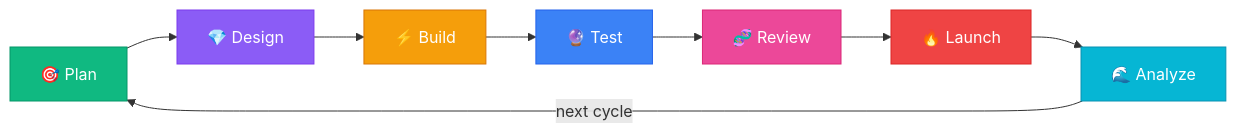
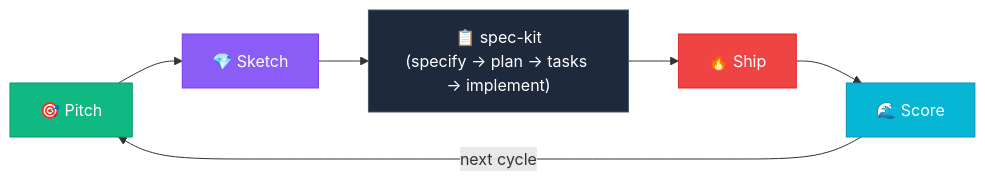
The diagram in README.md (OR13/vibeslop), drawn with Mermaid before and after one commit. The commit also changed other lines of this file and 9 other files, not shown here.

First line of the commit message:
Cull skills + rename for spec-kit composition

````diff
--- a/README.md
+++ b/README.md
@@ -11,18 +11,14 @@
 ```mermaid
 graph LR
-    P["🎯 Plan"] --> D["💎 Design"]
-    D --> B["⚡ Build"]
-    B --> T["🔮 Test"]
-    T --> R["🧬 Review"]
-    R --> L["🔥 Launch"]
-    L --> A["🌊 Analyze"]
-    A -->|next cycle| P
+    P["🎯 Pitch"] --> S["💎 Sketch"]
+    S --> SK["📋 spec-kit<br/>(specify → plan → tasks → implement)"]
+    SK --> SH["🔥 Ship"]
+    SH --> SC["🌊 Score"]
+    SC -->|next cycle| P
 
     style P fill:#10b981,stroke:#059669,color:#fff
-    style D fill:#8b5cf6,stroke:#7c3aed,color:#fff
-    style B fill:#f59e0b,stroke:#d97706,color:#fff
-    style T fill:#3b82f6,stroke:#2563eb,color:#fff
-    style R fill:#ec4899,stroke:#db2777,color:#fff
-    style L fill:#ef4444,stroke:#dc2626,color:#fff
-    style A fill:#06b6d4,stroke:#0891b2,color:#fff
+    style S fill:#8b5cf6,stroke:#7c3aed,color:#fff
+    style SK fill:#1e293b,stroke:#475569,color:#fff
+    style SH fill:#ef4444,stroke:#dc2626,color:#fff
+    style SC fill:#06b6d4,stroke:#0891b2,color:#fff
 ```
````
